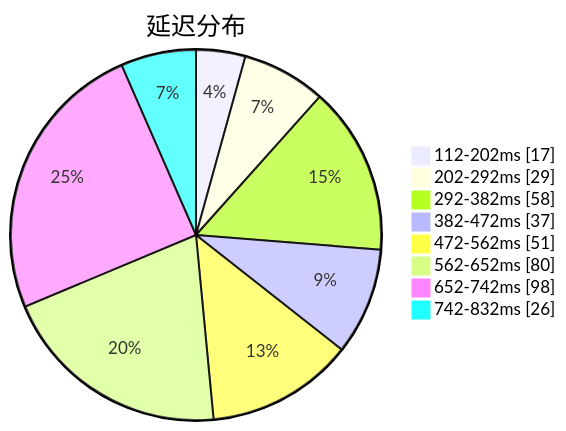
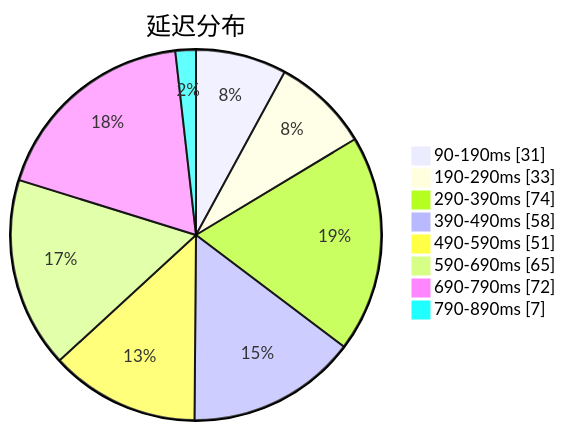
One commit to sinspired/airport changed the first of 3 diagrams in subs/statistics/tested_within.md. Above: the diagram before and after it, drawn with Mermaid. The commit also changed other lines of this file and 2 other files, not shown here.

````diff
--- a/subs/statistics/tested_within.md
+++ b/subs/statistics/tested_within.md
@@ -2,12 +2,12 @@
 ```mermaid
 pie showData
 title 延迟分布
-"112-202ms" : 17
-"202-292ms" : 29
-"292-382ms" : 58
-"382-472ms" : 37
-"472-562ms" : 51
-"562-652ms" : 80
-"652-742ms" : 98
-"742-832ms" : 26
+"90-190ms" : 31
+"190-290ms" : 33
+"290-390ms" : 74
+"390-490ms" : 58
+"490-590ms" : 51
+"590-690ms" : 65
+"690-790ms" : 72
+"790-890ms" : 7
 ```
````
